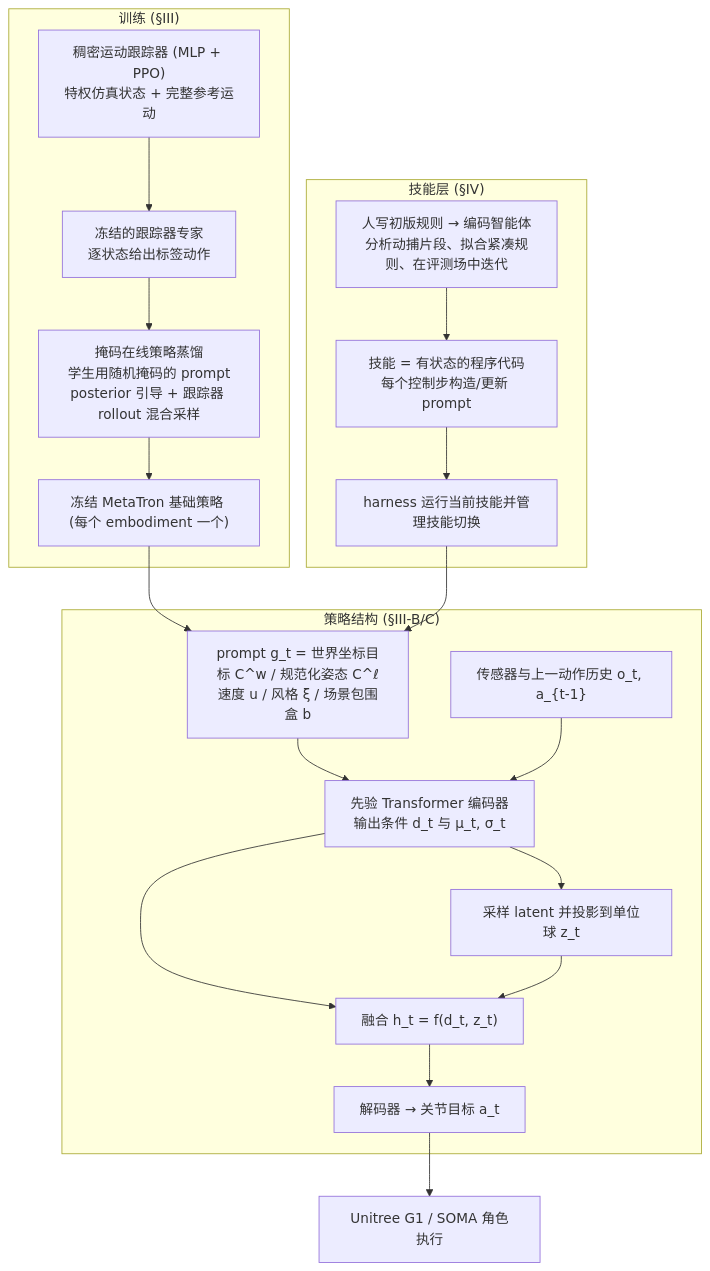
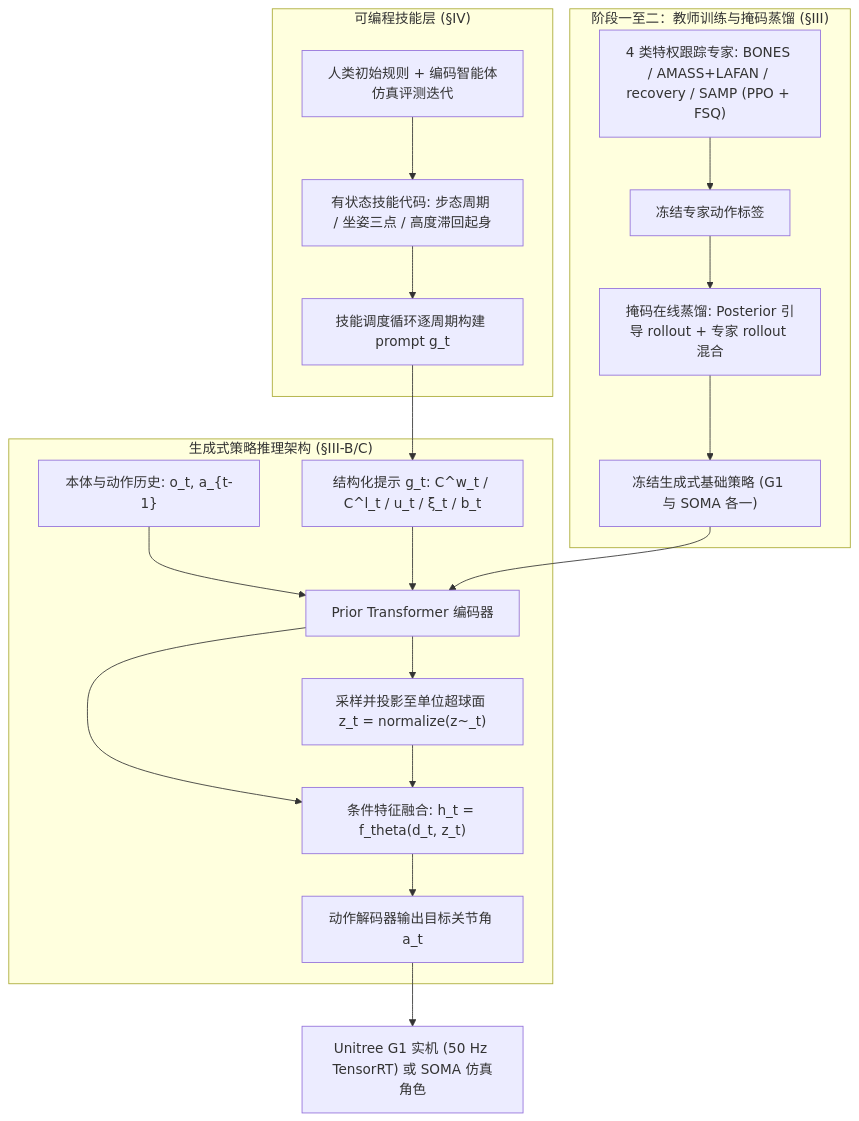
Before and after one commit to ImChong/Robotics_Notebooks: the first of 2 diagrams in wiki/entities/paper-metatron-promptable-whole-body-execution.md, drawn with Mermaid. The commit also changed other lines of this file and 151 other files, not shown here.

````diff
--- a/wiki/entities/paper-metatron-promptable-whole-body-execution.md
+++ b/wiki/entities/paper-metatron-promptable-whole-body-execution.md
@@ -44,23 +59,23 @@
 ```mermaid
 flowchart TD
-    subgraph TR["训练 (§III)"]
-        T1["稠密运动跟踪器 (MLP + PPO)<br/>特权仿真状态 + 完整参考运动"] --> T2["冻结的跟踪器专家<br/>逐状态给出标签动作"]
-        T2 --> T3["掩码在线策略蒸馏<br/>学生用随机掩码的 prompt<br/>posterior 引导 + 跟踪器 rollout 混合采样"]
-        T3 --> T4["冻结 MetaTron 基础策略 (每个 embodiment 一个)"]
+    subgraph TR["阶段一至二：教师训练与掩码蒸馏 (§III)"]
+        T1["4 类特权跟踪专家: BONES / AMASS+LAFAN / recovery / SAMP (PPO + FSQ)"] --> T2["冻结专家动作标签"]
+        T2 --> T3["掩码在线蒸馏: Posterior 引导 rollout + 专家 rollout 混合"]
+        T3 --> T4["冻结生成式基础策略 (G1 与 SOMA 各一)"]
     end
-    subgraph PI["策略结构 (§III-B/C)"]
-        P1["prompt g_t = 世界坐标目标 C^w / 规范化姿态 C^ℓ<br/>速度 u / 风格 ξ / 场景包围盒 b"] --> P2["先验 Transformer 编码器<br/>输出条件 d_t 与 μ_t, σ_t"]
-        O["传感器与上一动作历史 o_t, a_{t-1}"] --> P2
-        P2 --> P3["采样 latent 并投影到单位球 z_t"]
-        P2 --> P4["融合 h_t = f(d_t, z_t)"]
+    subgraph PI["生成式策略推理架构 (§III-B/C)"]
+        P0["本体与动作历史: o_t, a_{t-1}"] --> P2["Prior Transformer 编码器"]
+        P1["结构化提示 g_t: C^w_t / C^l_t / u_t / ξ_t / b_t"] --> P2
+        P2 --> P3["采样并投影至单位超球面 z_t = normalize(z~_t)"]
+        P2 --> P4["条件特征融合: h_t = f_theta(d_t, z_t)"]
         P3 --> P4
-        P4 --> P5["解码器 → 关节目标 a_t"]
+        P4 --> P5["动作解码器输出目标关节角 a_t"]
     end
-    T4 --> P1
-    subgraph SK["技能层 (§IV)"]
-        S1["技能 = 有状态的程序代码<br/>每个控制步构造/更新 prompt"] --> S2["harness 运行当前技能并管理技能切换"]
-        S3["人写初版规则 → 编码智能体<br/>分析动捕片段、拟合紧凑规则、在评测场中迭代"] --> S1
+    subgraph SK["可编程技能层 (§IV)"]
+        S3["人类初始规则 + 编码智能体仿真评测迭代"] --> S1["有状态技能代码: 步态周期 / 坐姿三点 / 高度滞回起身"]
+        S1 --> S2["技能调度循环逐周期构建 prompt g_t"]
     end
+    T4 --> P2
     S2 --> P1
-    P5 --> R["Unitree G1 / SOMA 角色执行"]
+    P5 --> R1["Unitree G1 实机 (50 Hz TensorRT) 或 SOMA 仿真角色"]
 ```
````
